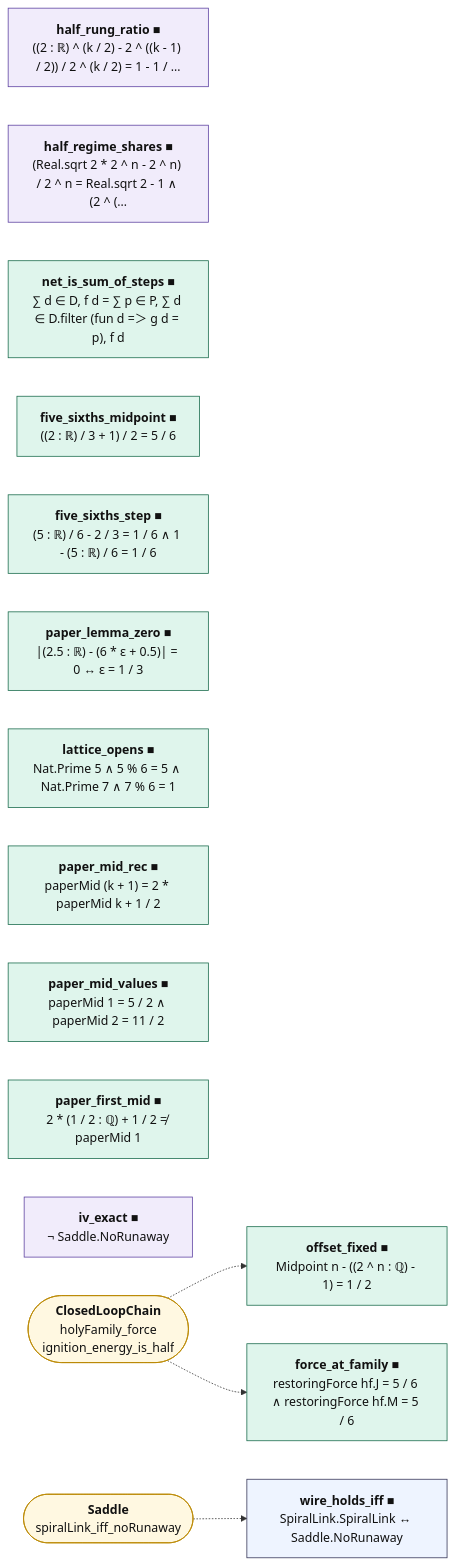
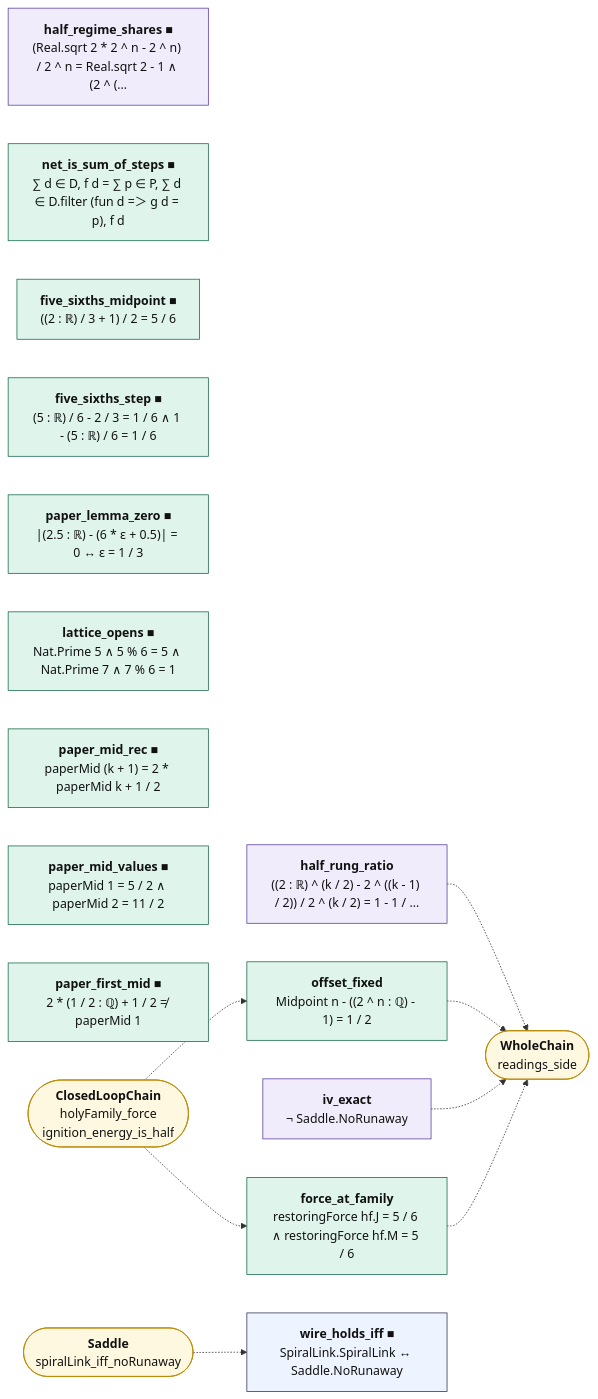
One commit to juliansambranojr/Primebeat_081426 changed the diagram in map/lean_stage3/Readings.md. Above: the diagram before and after it, drawn with Mermaid. The commit also changed other lines of this file and 45 other files, not shown here.

````diff
--- a/map/lean_stage3/Readings.md
+++ b/map/lean_stage3/Readings.md
@@ -14,30 +14,35 @@
 ```mermaid
 flowchart LR
-  n0["<b>half_rung_ratio ■</b><br/>((2 : ℝ) ^ (k / 2) - 2 ^ ((k - 1) / 2)) / 2 ^ (k / 2) = 1 - 1 / …"]:::shp
+  n0["<b>half_rung_ratio</b><br/>((2 : ℝ) ^ (k / 2) - 2 ^ ((k - 1) / 2)) / 2 ^ (k / 2) = 1 - 1 / …"]:::shp
   n1["<b>half_regime_shares ■</b><br/>(Real.sqrt 2 * 2 ^ n - 2 ^ n) / 2 ^ n = Real.sqrt 2 - 1 ∧ (2 ^ (…"]:::shp
   n2["<b>net_is_sum_of_steps ■</b><br/>∑ d ∈ D, f d = ∑ p ∈ P, ∑ d ∈ D.filter (fun d =＞ g d = p), f d"]:::cnt
   n3["<b>five_sixths_midpoint ■</b><br/>((2 : ℝ) / 3 + 1) / 2 = 5 / 6"]:::cnt
   n4["<b>five_sixths_step ■</b><br/>(5 : ℝ) / 6 - 2 / 3 = 1 / 6 ∧ 1 - (5 : ℝ) / 6 = 1 / 6"]:::cnt
-  n5["<b>force_at_family ■</b><br/>restoringForce hf.J = 5 / 6 ∧ restoringForce hf.M = 5 / 6"]:::cnt
+  n5["<b>force_at_family</b><br/>restoringForce hf.J = 5 / 6 ∧ restoringForce hf.M = 5 / 6"]:::cnt
   n6["<b>paper_lemma_zero ■</b><br/>|(2.5 : ℝ) - (6 * ε + 0.5)| = 0 ↔ ε = 1 / 3"]:::cnt
   n7["<b>lattice_opens ■</b><br/>Nat.Prime 5 ∧ 5 % 6 = 5 ∧ Nat.Prime 7 ∧ 7 % 6 = 1"]:::cnt
   n8["<b>paper_mid_rec ■</b><br/>paperMid (k + 1) = 2 * paperMid k + 1 / 2"]:::cnt
   n9["<b>paper_mid_values ■</b><br/>paperMid 1 = 5 / 2 ∧ paperMid 2 = 11 / 2"]:::cnt
   n10["<b>paper_first_mid ■</b><br/>2 * (1 / 2 : ℚ) + 1 / 2 ≠ paperMid 1"]:::cnt
-  n11["<b>offset_fixed ■</b><br/>Midpoint n - ((2 ^ n : ℚ) - 1) = 1 / 2"]:::cnt
-  n12["<b>iv_exact ■</b><br/>¬ Saddle.NoRunaway"]:::shp
+  n11["<b>offset_fixed</b><br/>Midpoint n - ((2 ^ n : ℚ) - 1) = 1 / 2"]:::cnt
+  n12["<b>iv_exact</b><br/>¬ Saddle.NoRunaway"]:::shp
   n13["<b>wire_holds_iff ■</b><br/>SpiralLink.SpiralLink ↔ Saddle.NoRunaway"]:::thm
-  x0(["<b>ClosedLoopChain</b><br/>holyFamily_force<br/>ignition_energy_is_half"]):::ext
-  x1(["<b>Saddle</b><br/>spiralLink_iff_noRunaway"]):::ext
-  x0 -.-> n11
-  x0 -.-> n5
-  x1 -.-> n13
+  x0(["<b>WholeChain</b><br/>readings_side"]):::ext
+  x1(["<b>ClosedLoopChain</b><br/>holyFamily_force<br/>ignition_energy_is_half"]):::ext
+  x2(["<b>Saddle</b><br/>spiralLink_iff_noRunaway"]):::ext
+  n0 -.-> x0
+  n11 -.-> x0
+  n12 -.-> x0
+  n5 -.-> x0
+  x1 -.-> n11
+  x1 -.-> n5
+  x2 -.-> n13
   classDef cnt fill:#dff5ec,stroke:#17694a,color:#111
   classDef shp fill:#f1ecfb,stroke:#5b3fa0,color:#111
   classDef rh fill:#ffe5e5,stroke:#c22,color:#111,stroke-width:2px
   classDef thm fill:#eef4ff,stroke:#335,color:#111
   classDef end_ fill:#e7f7e7,stroke:#2a7,color:#111,stroke-width:2px
   classDef lone fill:#fff,stroke:#999,color:#111,stroke-dasharray:4 3
   classDef bad fill:#ffe5e5,stroke:#c22,color:#111,stroke-width:2px
   classDef ext fill:#fff8e1,stroke:#b80,color:#111
 ```
````
